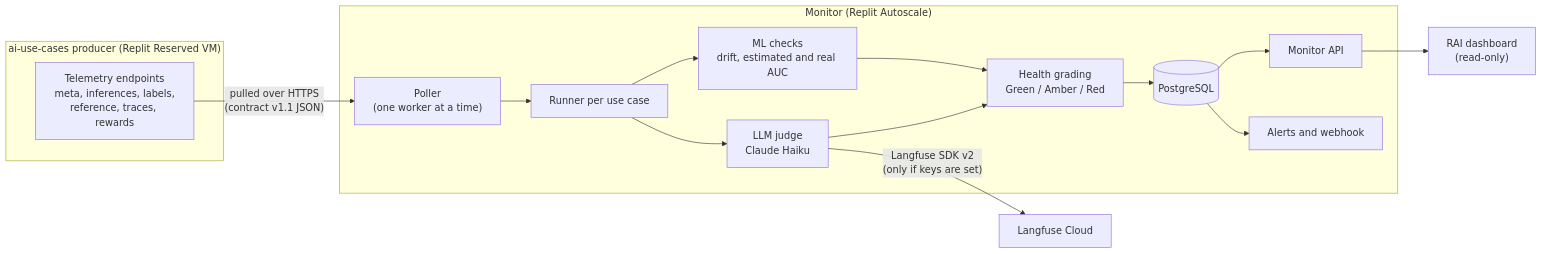
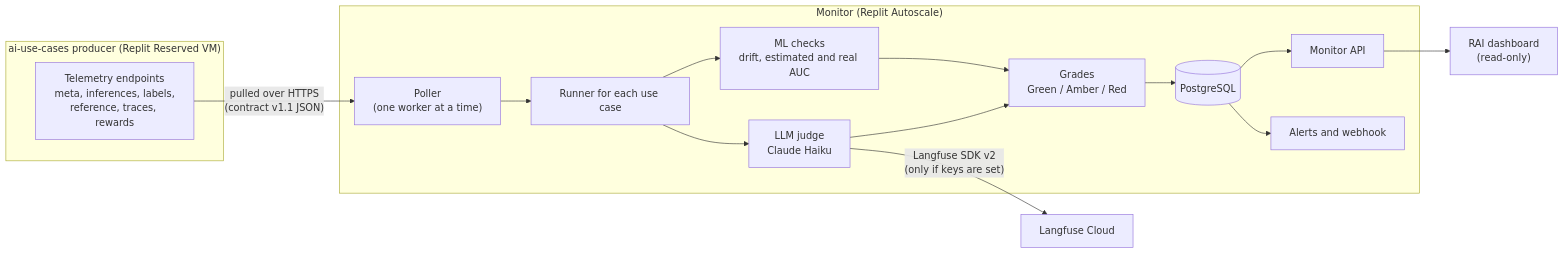
The first of 2 diagrams in changes/2026-10-02-batch-monitoring-mvp/summary.md (tkhongsap-io/model-monitoring-prototype), drawn with Mermaid before and after one commit. The commit also changed other lines of this file and 3 other files, not shown here.

````diff
--- a/changes/2026-10-02-batch-monitoring-mvp/summary.md
+++ b/changes/2026-10-02-batch-monitoring-mvp/summary.md
@@ -42,19 +44,19 @@
 ```mermaid
 flowchart LR
   subgraph P["ai-use-cases producer (Replit Reserved VM)"]
     T["Telemetry endpoints<br/>meta, inferences, labels,<br/>reference, traces, rewards"]
   end
   subgraph M["Monitor (Replit Autoscale)"]
-    PO["Poller<br/>(one worker at a time)"] --> R["Runner per use case"]
+    PO["Poller<br/>(one worker at a time)"] --> R["Runner for each use case"]
     R --> ML["ML checks<br/>drift, estimated and real AUC"]
     R --> J["LLM judge<br/>Claude Haiku"]
-    ML --> H["Health grading<br/>Green / Amber / Red"]
+    ML --> H["Grades<br/>Green / Amber / Red"]
     J --> H
     H --> DB[("PostgreSQL")]
     DB --> API["Monitor API"]
     DB --> AL["Alerts and webhook"]
   end
   T -- "pulled over HTTPS<br/>(contract v1.1 JSON)" --> PO
   J -- "Langfuse SDK v2<br/>(only if keys are set)" --> LF["Langfuse Cloud"]
   API --> UI["RAI dashboard<br/>(read-only)"]
 ```
````
